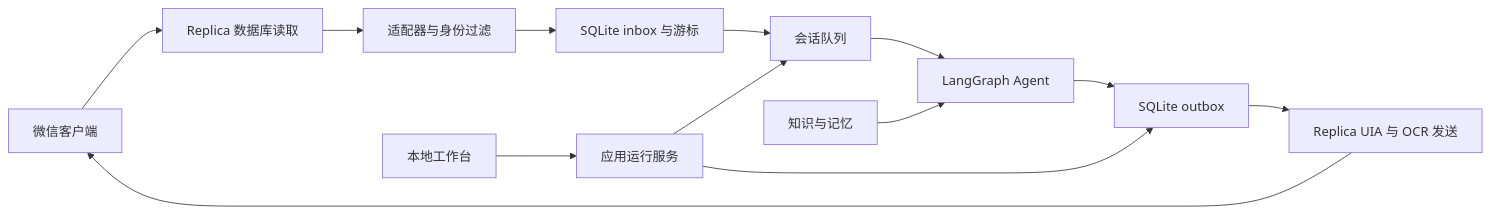
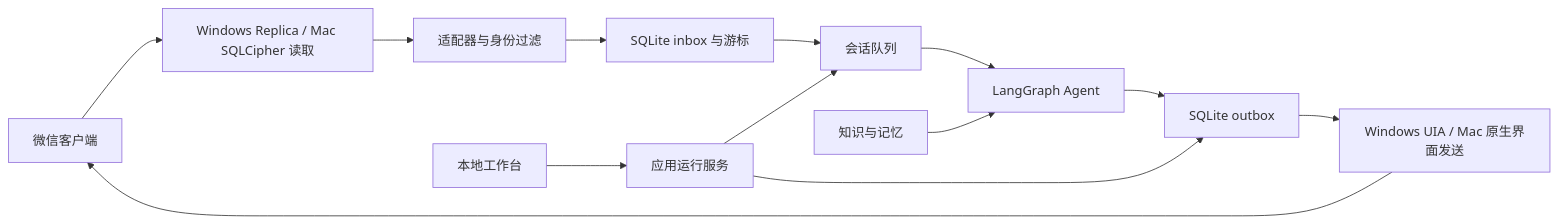
One commit to dlyqs/WeChat-Reply-Agent changed the diagram in docs/wechat-agent-plan.md. Above: the diagram before and after it, drawn with Mermaid. The commit also changed other lines of this file and 5 other files, not shown here.

```diff
--- a/docs/wechat-agent-plan.md
+++ b/docs/wechat-agent-plan.md
@@ -88,15 +117,15 @@
 ~~~mermaid
 flowchart LR
-  W[微信客户端] --> B[Replica 数据库读取]
+  W[微信客户端] --> B[Windows Replica / Mac SQLCipher 读取]
   B --> A[适配器与身份过滤]
   A --> I[SQLite inbox 与游标]
   I --> Q[会话队列]
   Q --> G[LangGraph Agent]
   K[知识与记忆] --> G
   G --> O[SQLite outbox]
-  O --> S[Replica UIA 与 OCR 发送]
+  O --> S[Windows UIA / Mac 原生界面发送]
   S --> W
   U[本地工作台] --> R[应用运行服务]
   R --> Q
   R --> O
 ~~~
```
